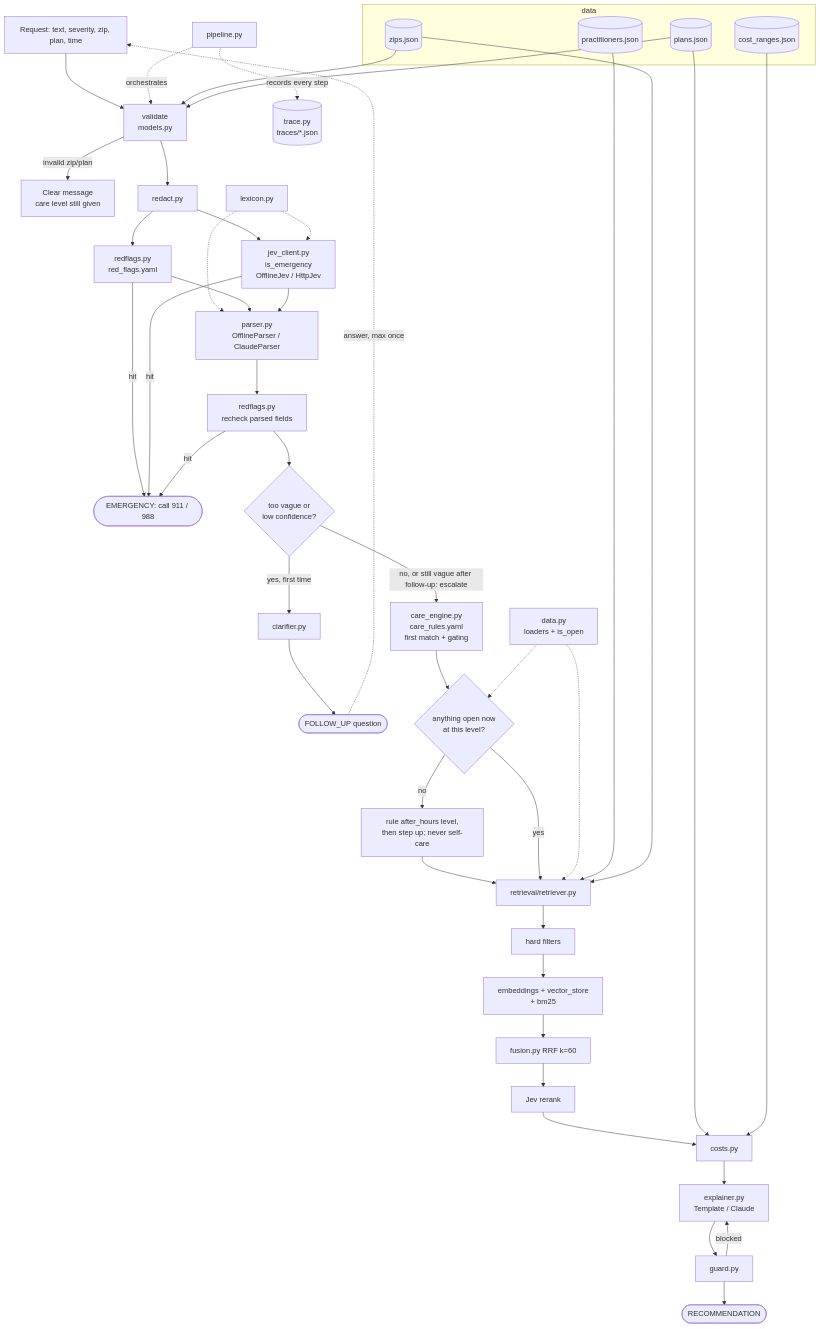
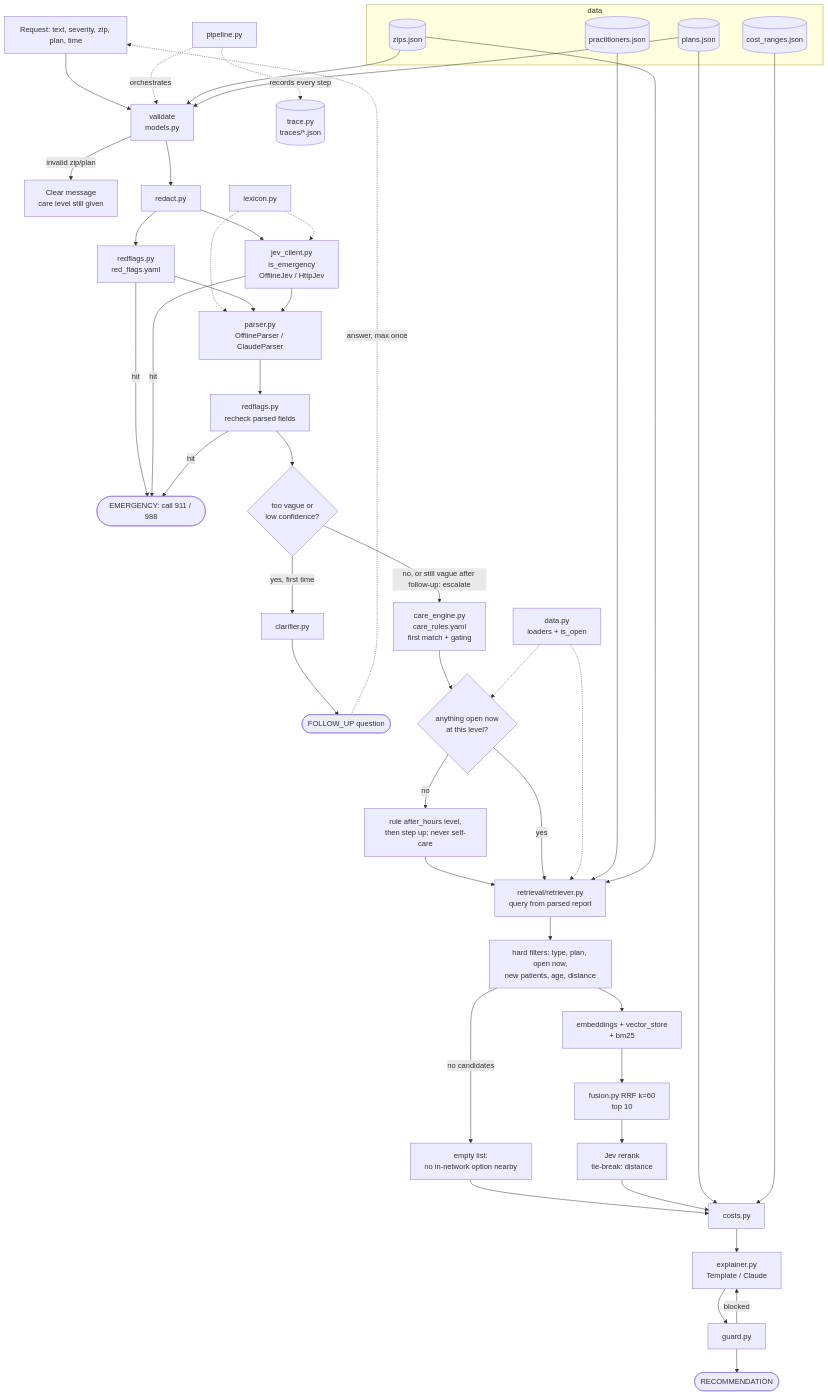
One commit to Yadnu/care-navigator changed the diagram in care-navigator/docs/context-graph.md. Above: the diagram before and after it, drawn with Mermaid. The commit also changed other lines of this file and 3 other files, not shown here.

Commit message:
docs: phase 5 decisions and context graph

````diff
--- a/care-navigator/docs/context-graph.md
+++ b/care-navigator/docs/context-graph.md
@@ -9,50 +9,52 @@
 ```mermaid
 flowchart TD
     REQ[Request: text, severity, zip, plan, time] --> VAL[validate<br/>models.py]
     VAL -->|invalid zip/plan| MSG[Clear message<br/>care level still given]
     VAL --> RED[redact.py]
     RED --> RF1[redflags.py<br/>red_flags.yaml]
     RED --> JEV1[jev_client.py<br/>is_emergency<br/>OfflineJev / HttpJev]
     LEX[lexicon.py] -.-> JEV1
     LEX -.-> PARSE
     RF1 -->|hit| EMER([EMERGENCY: call 911 / 988])
     JEV1 -->|hit| EMER
     RF1 --> PARSE[parser.py<br/>OfflineParser / ClaudeParser]
     JEV1 --> PARSE
     PARSE --> RF2[redflags.py<br/>recheck parsed fields]
     RF2 -->|hit| EMER
     RF2 --> VAGUE{too vague or<br/>low confidence?}
     VAGUE -->|yes, first time| CLAR[clarifier.py]
     CLAR --> FU([FOLLOW_UP question])
     FU -.->|answer, max once| REQ
     VAGUE -->|no, or still vague after follow-up: escalate| ENG[care_engine.py<br/>care_rules.yaml<br/>first match + gating]
     ENG --> HRS{anything open now<br/>at this level?}
     HRS -->|no| AH[rule after_hours level,<br/>then step up; never self-care]
     AH --> RET
     HRS -->|yes| RET
-    RET[retrieval/retriever.py]
+    RET[retrieval/retriever.py<br/>query from parsed report]
     DATA[data.py<br/>loaders + is_open] -.-> HRS
     DATA -.-> RET
-    RET --> FIL[hard filters] --> HYB[embeddings + vector_store<br/>+ bm25] --> RRF[fusion.py RRF k=60] --> RR[Jev rerank]
+    RET --> FIL[hard filters: type, plan, open now,<br/>new patients, age, distance] --> HYB[embeddings + vector_store<br/>+ bm25] --> RRF[fusion.py RRF k=60<br/>top 10] --> RR[Jev rerank<br/>tie-break: distance]
+    FIL -->|no candidates| GAP[empty list:<br/>no in-network option nearby]
+    GAP --> COST
     RR --> COST[costs.py]
     COST --> EXP[explainer.py<br/>Template / Claude]
     EXP --> GRD[guard.py]
     GRD -->|blocked| EXP
     GRD --> REC([RECOMMENDATION])
     TRACE[(trace.py<br/>traces/*.json)]
     PIPE[pipeline.py] -.orchestrates.-> VAL
     PIPE -.records every step.-> TRACE
 
     subgraph data
       ZIPS[(zips.json)]
       PLANS[(plans.json)]
       PRACS[(practitioners.json)]
       COSTS[(cost_ranges.json)]
     end
     ZIPS --> VAL
     PLANS --> VAL
     PRACS --> RET
     ZIPS --> RET
     PLANS --> COST
     COSTS --> COST
 ```
````
